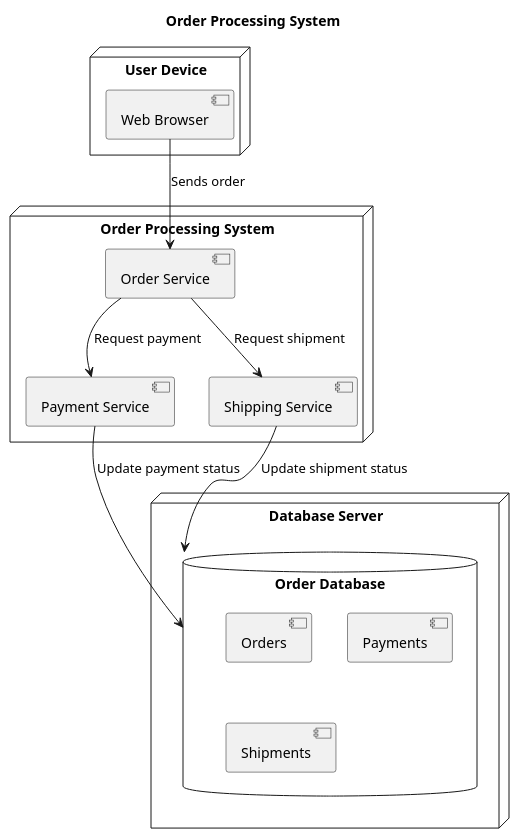
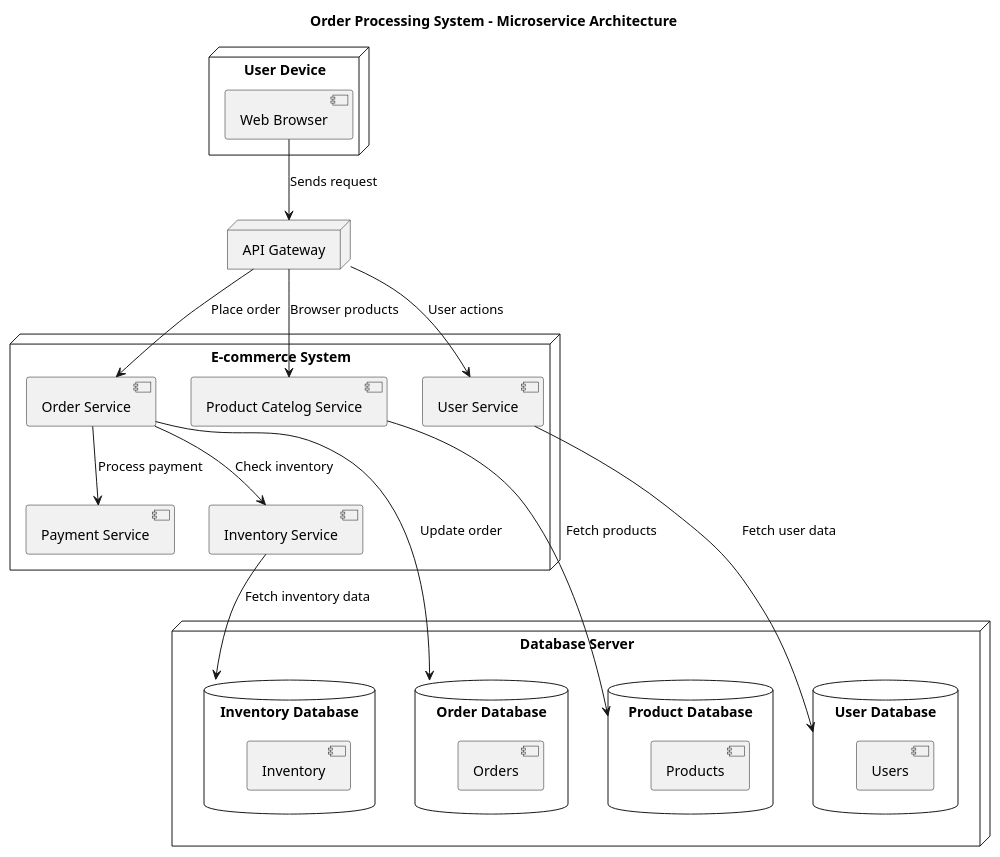
One commit to lamngockhuong/uml-diagram changed the diagram in puml/order-processing-system/microservice-deployment.puml. Above: the diagram before and after it, drawn with PlantUML.

```diff
--- a/puml/order-processing-system/microservice-deployment.puml
+++ b/puml/order-processing-system/microservice-deployment.puml
@@ -1,29 +1,50 @@
 @startuml Deployment Diagram
 
-title Order Processing System
+title Order Processing System - Microservice Architecture
 
 node "User Device" {
-    [Web Browser]
+  [Web Browser]
 }
 
-node "Order Processing System" {
+node "API Gateway" {
+}
+
+node "E-commerce System" {
     [Order Service]
+    [Product Catelog Service]
+    [User Service]
     [Payment Service]
-    [Shipping Service]
+    [Inventory Service]
 }
 
 node "Database Server" {
+    database "Inventory Database" {
+        [Inventory]
+    }
+    database "User Database" {
+        [Users]
+    }
+    database "Product Database" {
+        [Products]
+    }
     database "Order Database" {
         [Orders]
-        [Payments]
-        [Shipments]
     }
 }
 
-[Web Browser] --> [Order Service] : Sends order
-[Order Service] --> [Payment Service] : Request payment
-[Payment Service] --> [Order Database] : Update payment status
-[Order Service] --> [Shipping Service] : Request shipment
-[Shipping Service] --> [Order Database] : Update shipment status
+[Web Browser] --> [API Gateway] : Sends request
+[API Gateway] --> [Order Service] : Place order
+[Order Service] --> [Payment Service] : Process payment
+
+[Order Service] --> [Inventory Service] : Check inventory
+[Inventory Service] --> [Inventory Database] : Fetch inventory data
+
+[Order Service] --> [Order Database] : Update order
+
+[API Gateway] --> [Product Catelog Service] : Browser products
+[Product Catelog Service] --> [Product Database] : Fetch products
+
+[API Gateway] --> [User Service] : User actions
+[User Service] --> [User Database] : Fetch user data
 
 @endyaml
```
